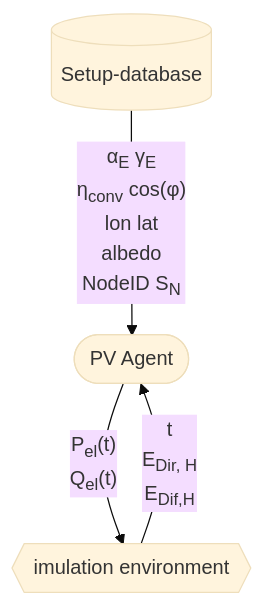
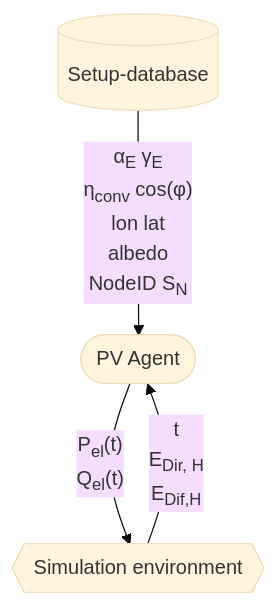
Before and after one commit to ie3-institute/simona: the first of 2 diagrams in docs/readthedocs/models/pv_model.md, drawn with Mermaid (base theme).

````diff
--- a/docs/readthedocs/models/pv_model.md
+++ b/docs/readthedocs/models/pv_model.md
@@ -11,10 +11,10 @@
 ```{mermaid}
 graph
     A[(Setup-database)] 
     B([PV Agent])
-    C{{imulation environment}}
+    C{{Simulation environment}}
 
     A -- "α<SUB>E</SUB> γ<SUB>E</SUB> <br> η<SUB>conv</SUB> cos(φ)<br> lon lat <br>  albedo<br> NodeID S<SUB>N</SUB><br> " --> B
     B -- "P<SUB>el</SUB>(t)<br> Q<SUB>el</SUB>(t)"--> C
     C -- "t <br> E<SUB>Dir, H</SUB> <br> E<SUB>Dif,H</SUB>" --> B
 ```
````
